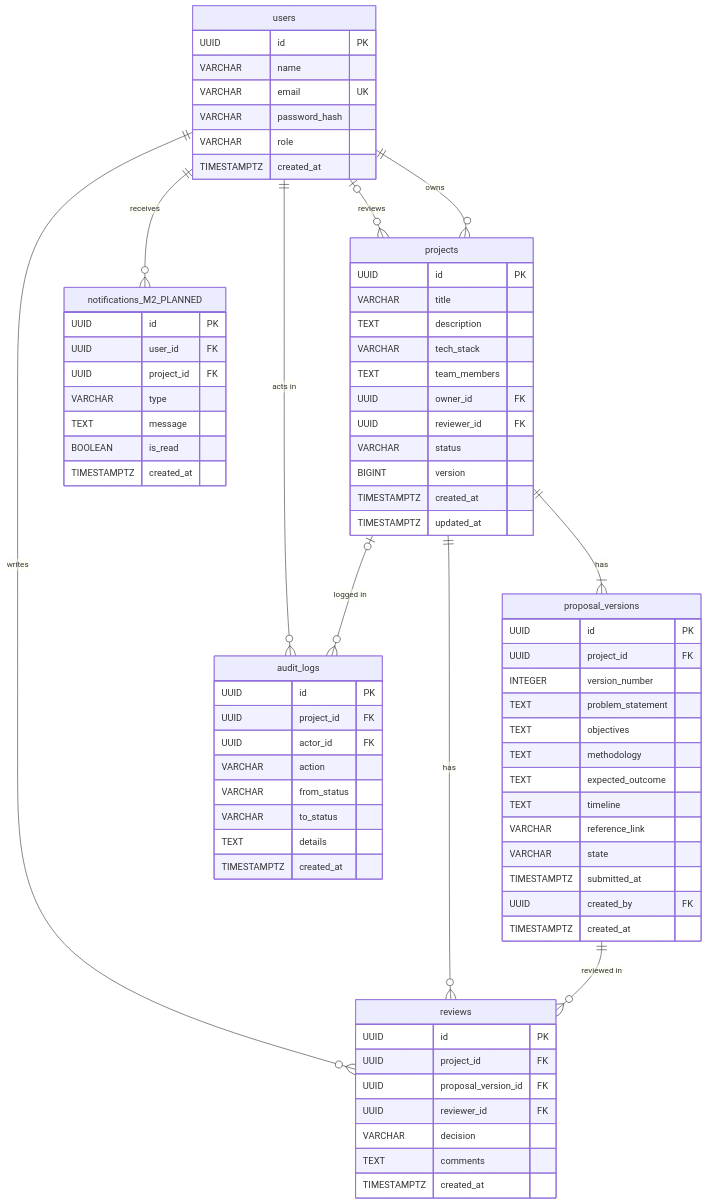
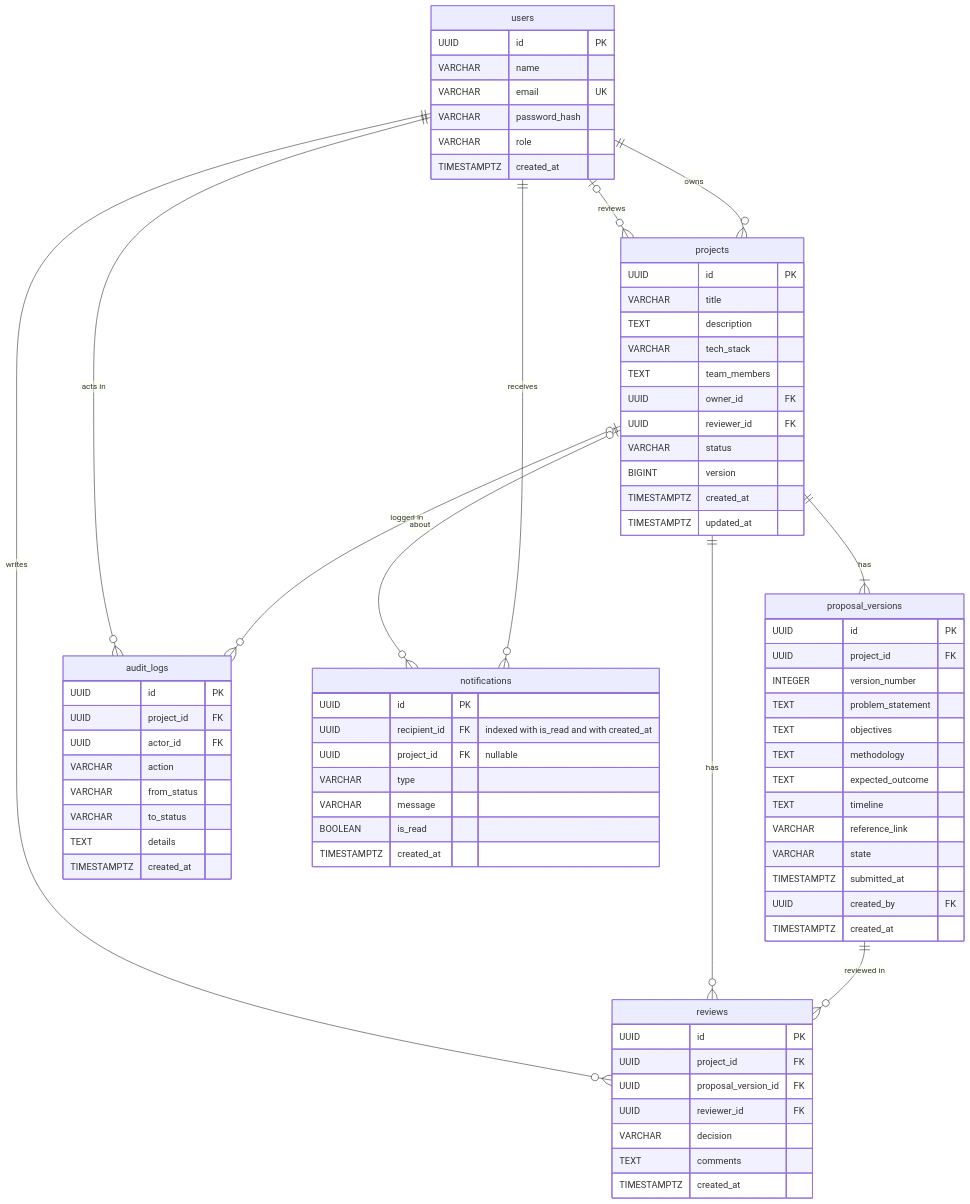
Before and after one commit to udita-0707/Prastaav: the tenth of 12 diagrams in docs/diagrams.md, drawn with Mermaid. The commit also changed other lines of this file and 5 other files, not shown here.

````diff
--- a/docs/diagrams.md
+++ b/docs/diagrams.md
@@ -448,76 +446,77 @@
 ```mermaid
 erDiagram
   users ||--o{ projects : owns
   users |o--o{ projects : reviews
   projects ||--|{ proposal_versions : has
   proposal_versions ||--o{ reviews : "reviewed in"
   projects ||--o{ reviews : has
   users ||--o{ reviews : writes
   projects |o--o{ audit_logs : "logged in"
   users ||--o{ audit_logs : "acts in"
-  users ||--o{ notifications_M2_PLANNED : receives
+  users ||--o{ notifications : receives
+  projects |o--o{ notifications : about
   users {
     UUID id PK
     VARCHAR name
     VARCHAR email UK
     VARCHAR password_hash
     VARCHAR role
     TIMESTAMPTZ created_at
   }
   projects {
     UUID id PK
     VARCHAR title
     TEXT description
     VARCHAR tech_stack
     TEXT team_members
     UUID owner_id FK
     UUID reviewer_id FK
     VARCHAR status
     BIGINT version
     TIMESTAMPTZ created_at
     TIMESTAMPTZ updated_at
   }
   proposal_versions {
     UUID id PK
     UUID project_id FK
     INTEGER version_number
     TEXT problem_statement
     TEXT objectives
     TEXT methodology
     TEXT expected_outcome
     TEXT timeline
     VARCHAR reference_link
     VARCHAR state
     TIMESTAMPTZ submitted_at
     UUID created_by FK
     TIMESTAMPTZ created_at
   }
   reviews {
     UUID id PK
     UUID project_id FK
     UUID proposal_version_id FK
     UUID reviewer_id FK
     VARCHAR decision
     TEXT comments
     TIMESTAMPTZ created_at
   }
   audit_logs {
     UUID id PK
     UUID project_id FK
     UUID actor_id FK
     VARCHAR action
     VARCHAR from_status
     VARCHAR to_status
     TEXT details
     TIMESTAMPTZ created_at
   }
-  notifications_M2_PLANNED {
+  notifications {
     UUID id PK
-    UUID user_id FK
-    UUID project_id FK
+    UUID recipient_id FK "indexed with is_read and with created_at"
+    UUID project_id FK "nullable"
     VARCHAR type
-    TEXT message
+    VARCHAR message
     BOOLEAN is_read
     TIMESTAMPTZ created_at
   }
 ```
````
